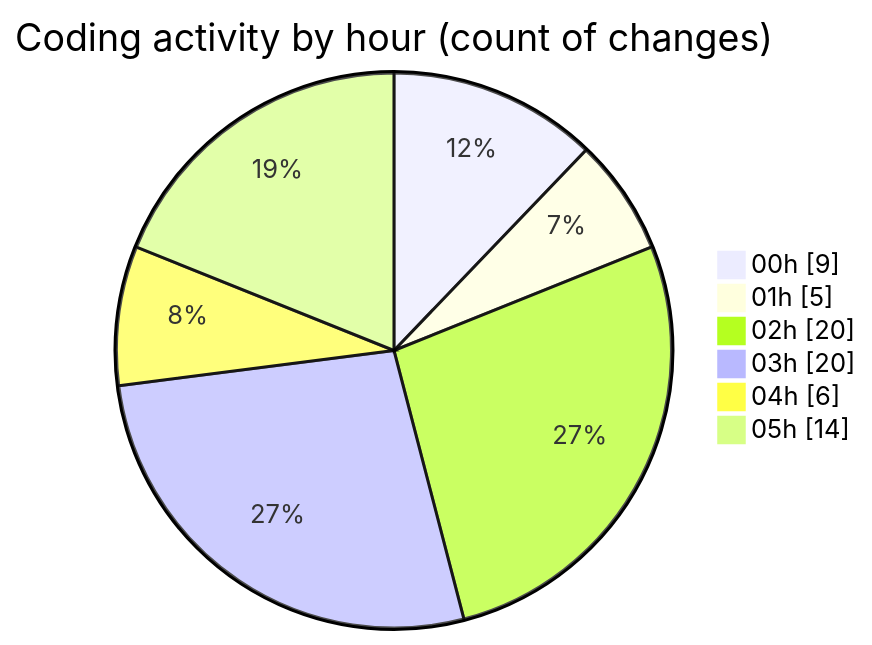
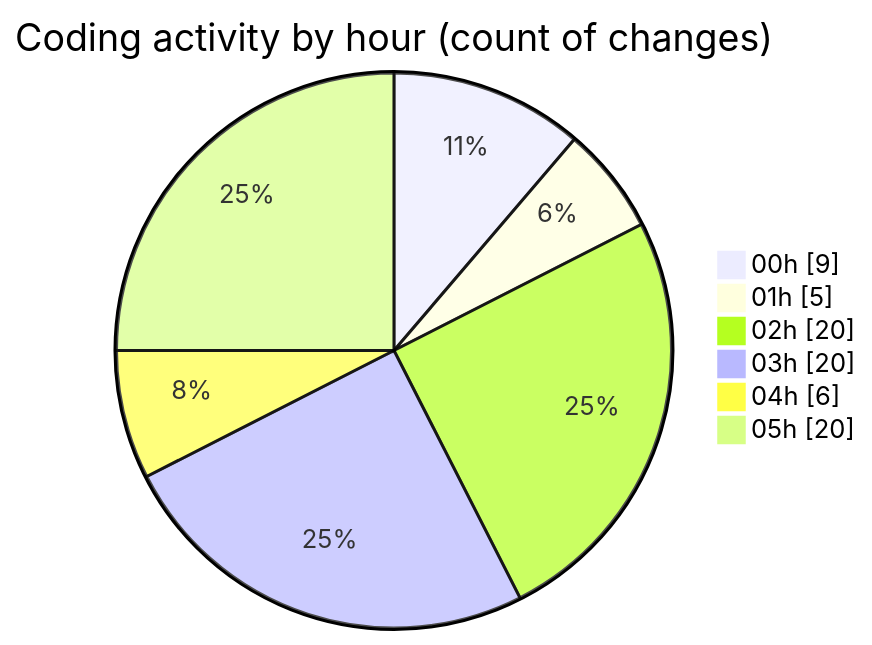
Before and after one commit to lephambinh05/code-tracking: the second of 2 diagrams in 2025-08-05/studybuddy/README.md, drawn with Mermaid. The commit also changed other lines of this file and 1 other file, not shown here.

````diff
--- a/2025-08-05/studybuddy/README.md
+++ b/2025-08-05/studybuddy/README.md
@@ -53,10 +53,10 @@
 ```mermaid
 pie showData
 title Coding activity by hour (count of changes)
 "00h" : 9
 "01h" : 5
 "02h" : 20
 "03h" : 20
 "04h" : 6
-"05h" : 14
+"05h" : 20
 ```
````
